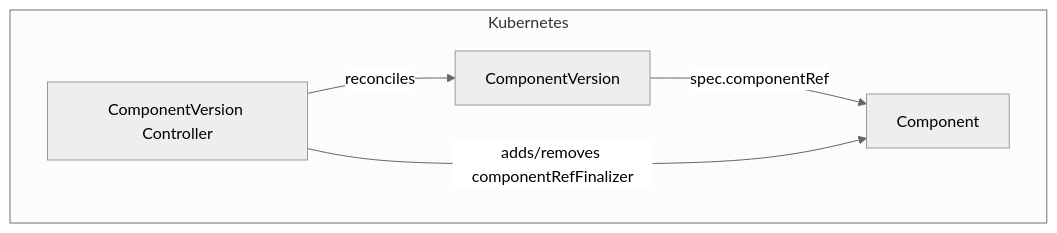
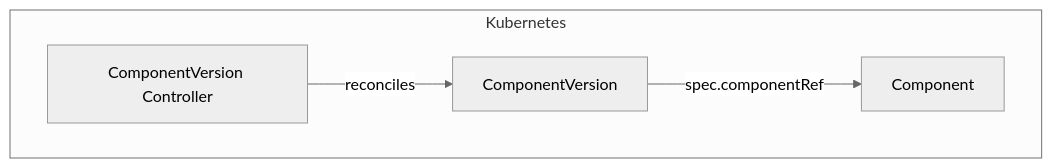
One commit to opendefensecloud/solution-arsenal changed the first of 2 diagrams in docs/developer-guide/componentversion_controller.md. Above: the diagram before and after it, drawn with Mermaid (neutral theme). The commit also changed other lines of this file and 1 other file, not shown here.

````diff
--- a/docs/developer-guide/componentversion_controller.md
+++ b/docs/developer-guide/componentversion_controller.md
@@ -9,12 +9,11 @@
 ```mermaid
 flowchart TD
     subgraph Kubernetes
         Ctrl[ComponentVersion Controller]
         CV[ComponentVersion]
         Comp[Component]
     end
 
     Ctrl -->|reconciles| CV
     CV -->|spec.componentRef| Comp
-    Ctrl -->|adds/removes componentRefFinalizer| Comp
 ```
````
